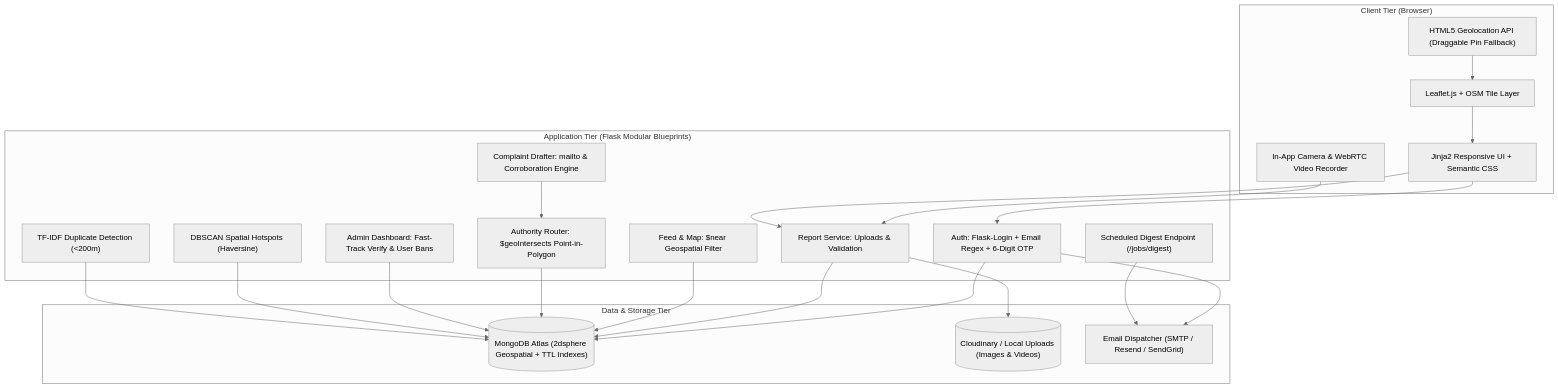
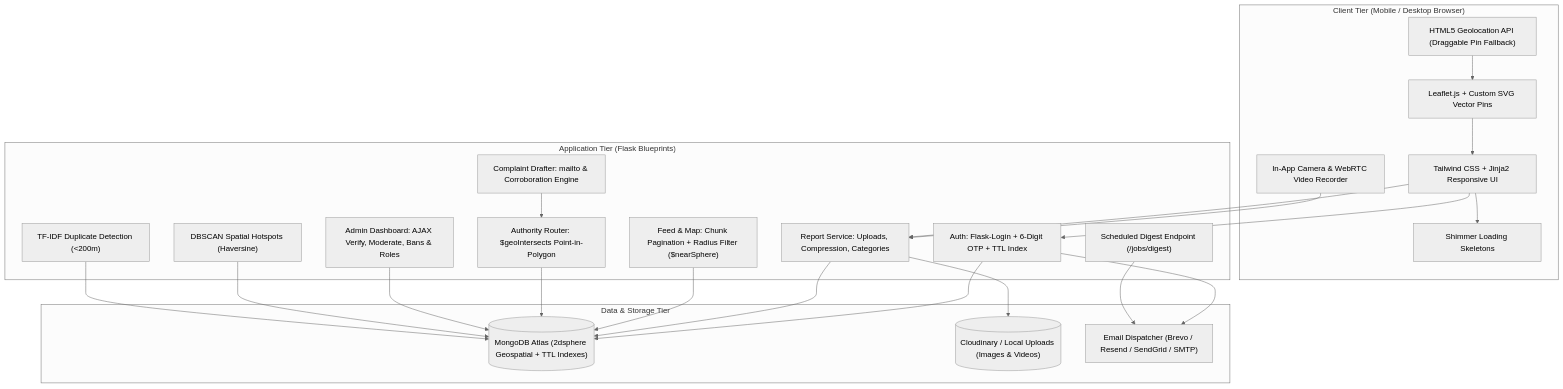
Before and after one commit to Kaisel-adi/final-project: the diagram in README.md, drawn with Mermaid (neutral theme). The commit also changed other lines of this file, not shown here.

````diff
--- a/README.md
+++ b/README.md
@@ -63,41 +118,43 @@
 ```mermaid
 flowchart TD
-    subgraph Client["Client Tier (Browser)"]
-        UI["Jinja2 Responsive UI + Semantic CSS"]
+    subgraph Client["Client Tier (Mobile / Desktop Browser)"]
+        UI["Tailwind CSS + Jinja2 Responsive UI"]
+        SKELETON["Shimmer Loading Skeletons"]
         CAMERA["In-App Camera & WebRTC Video Recorder"]
-        LEAFLET["Leaflet.js + OSM Tile Layer"]
+        LEAFLET["Leaflet.js + Custom SVG Vector Pins"]
         GEO["HTML5 Geolocation API (Draggable Pin Fallback)"]
     end
 
-    subgraph App["Application Tier (Flask Modular Blueprints)"]
-        AUTH["Auth: Flask-Login + Email Regex + 6-Digit OTP"]
-        REPORTS["Report Service: Uploads & Validation"]
-        FEED["Feed & Map: $near Geospatial Filter"]
+    subgraph App["Application Tier (Flask Blueprints)"]
+        AUTH["Auth: Flask-Login + 6-Digit OTP + TTL Index"]
+        REPORTS["Report Service: Uploads, Compression, Categories"]
+        FEED["Feed & Map: Chunk Pagination + Radius Filter ($nearSphere)"]
         ROUTER["Authority Router: $geoIntersects Point-in-Polygon"]
         COMPLAINTS["Complaint Drafter: mailto & Corroboration Engine"]
-        ADMIN["Admin Dashboard: Fast-Track Verify & User Bans"]
+        ADMIN["Admin Dashboard: AJAX Verify, Moderate, Bans & Roles"]
         JOBS["Scheduled Digest Endpoint (/jobs/digest)"]
         ML_HOTSPOTS["DBSCAN Spatial Hotspots (Haversine)"]
         ML_DUPES["TF-IDF Duplicate Detection (<200m)"]
     end
 
     subgraph Storage["Data & Storage Tier"]
         MONGO[("MongoDB Atlas (2dsphere Geospatial + TTL Indexes)")]
         IMG[("Cloudinary / Local Uploads (Images & Videos)")]
-        EMAIL["Email Dispatcher (SMTP / Resend / SendGrid)"]
+        EMAIL["Email Dispatcher (Brevo / Resend / SendGrid / SMTP)"]
     end
 
+    UI --> SKELETON
     UI --> AUTH
     AUTH --> EMAIL
     AUTH --> MONGO
     CAMERA --> REPORTS
     GEO --> LEAFLET --> UI
     UI --> REPORTS --> IMG
     REPORTS --> MONGO
     FEED --> MONGO
     COMPLAINTS --> ROUTER --> MONGO
     ADMIN --> MONGO
     JOBS --> EMAIL
     ML_HOTSPOTS --> MONGO
     ML_DUPES --> MONGO
 ```
````
